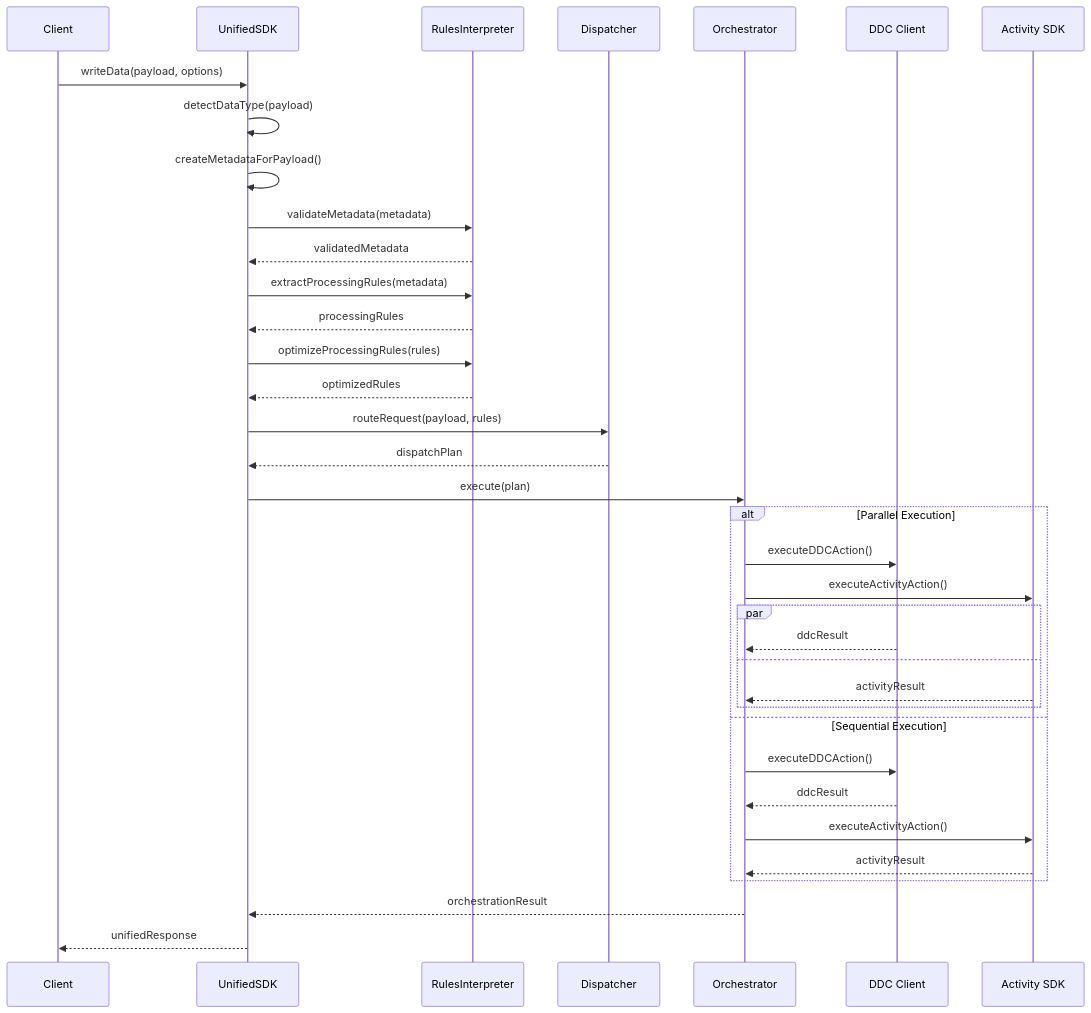
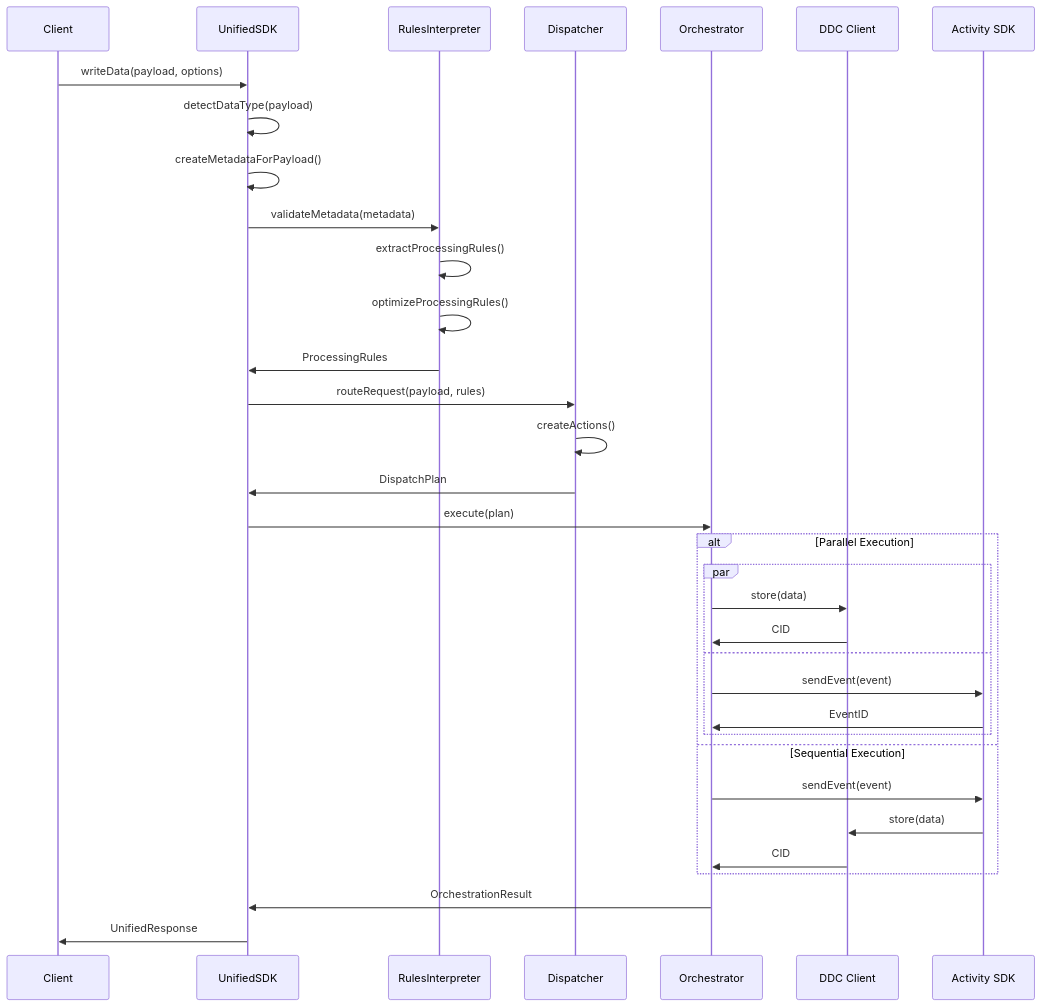
Before and after one commit to Cerebellum-Network/cere-ddc-sdk-js: the second of 4 diagrams in packages/unified/docs/architecture.md, drawn with Mermaid. The commit also changed other lines of this file and 14 other files, not shown here.

````diff
--- a/packages/unified/docs/architecture.md
+++ b/packages/unified/docs/architecture.md
@@ -317,47 +169,39 @@
 ```mermaid
 sequenceDiagram
-    participant Client
-    participant UnifiedSDK
-    participant RulesInterpreter
-    participant Dispatcher
-    participant Orchestrator
+    participant C as Client
+    participant SDK as UnifiedSDK
+    participant RI as RulesInterpreter
+    participant D as Dispatcher
+    participant O as Orchestrator
     participant DDC as DDC Client
-    participant Activity as Activity SDK
-
-    Client->>UnifiedSDK: writeData(payload, options)
+    participant ACT as Activity SDK
     
-    UnifiedSDK->>UnifiedSDK: detectDataType(payload)
-    UnifiedSDK->>UnifiedSDK: createMetadataForPayload()
-    
-    UnifiedSDK->>RulesInterpreter: validateMetadata(metadata)
-    RulesInterpreter-->>UnifiedSDK: validatedMetadata
-    
-    UnifiedSDK->>RulesInterpreter: extractProcessingRules(metadata)
-    RulesInterpreter-->>UnifiedSDK: processingRules
-    
-    UnifiedSDK->>RulesInterpreter: optimizeProcessingRules(rules)
-    RulesInterpreter-->>UnifiedSDK: optimizedRules
-    
-    UnifiedSDK->>Dispatcher: routeRequest(payload, rules)
-    Dispatcher-->>UnifiedSDK: dispatchPlan
-    
-    UnifiedSDK->>Orchestrator: execute(plan)
+    C->>SDK: writeData(payload, options)
+    SDK->>SDK: detectDataType(payload)
+    SDK->>SDK: createMetadataForPayload()
+    SDK->>RI: validateMetadata(metadata)
+    RI->>RI: extractProcessingRules()
+    RI->>RI: optimizeProcessingRules()
+    RI->>SDK: ProcessingRules
+    SDK->>D: routeRequest(payload, rules)
+    D->>D: createActions()
+    D->>SDK: DispatchPlan
+    SDK->>O: execute(plan)
     
     alt Parallel Execution
-        Orchestrator->>DDC: executeDDCAction()
-        Orchestrator->>Activity: executeActivityAction()
         par
-            DDC-->>Orchestrator: ddcResult
+            O->>DDC: store(data)
+            DDC->>O: CID
         and
-            Activity-->>Orchestrator: activityResult
+            O->>ACT: sendEvent(event)
+            ACT->>O: EventID
         end
     else Sequential Execution
-        Orchestrator->>DDC: executeDDCAction()
-        DDC-->>Orchestrator: ddcResult
-        Orchestrator->>Activity: executeActivityAction()
-        Activity-->>Orchestrator: activityResult
+        O->>ACT: sendEvent(event)
+        ACT->>DDC: store(data)
+        DDC->>O: CID
     end
     
-    Orchestrator-->>UnifiedSDK: orchestrationResult
-    UnifiedSDK-->>Client: unifiedResponse
+    O->>SDK: OrchestrationResult
+    SDK->>C: UnifiedResponse
 ```
````
